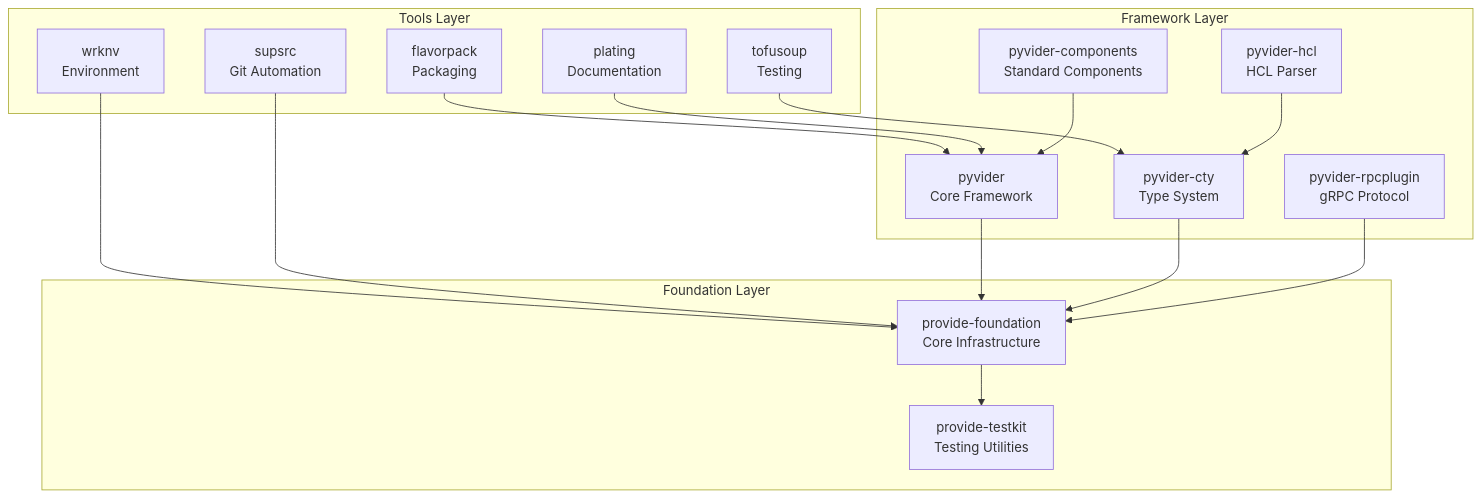
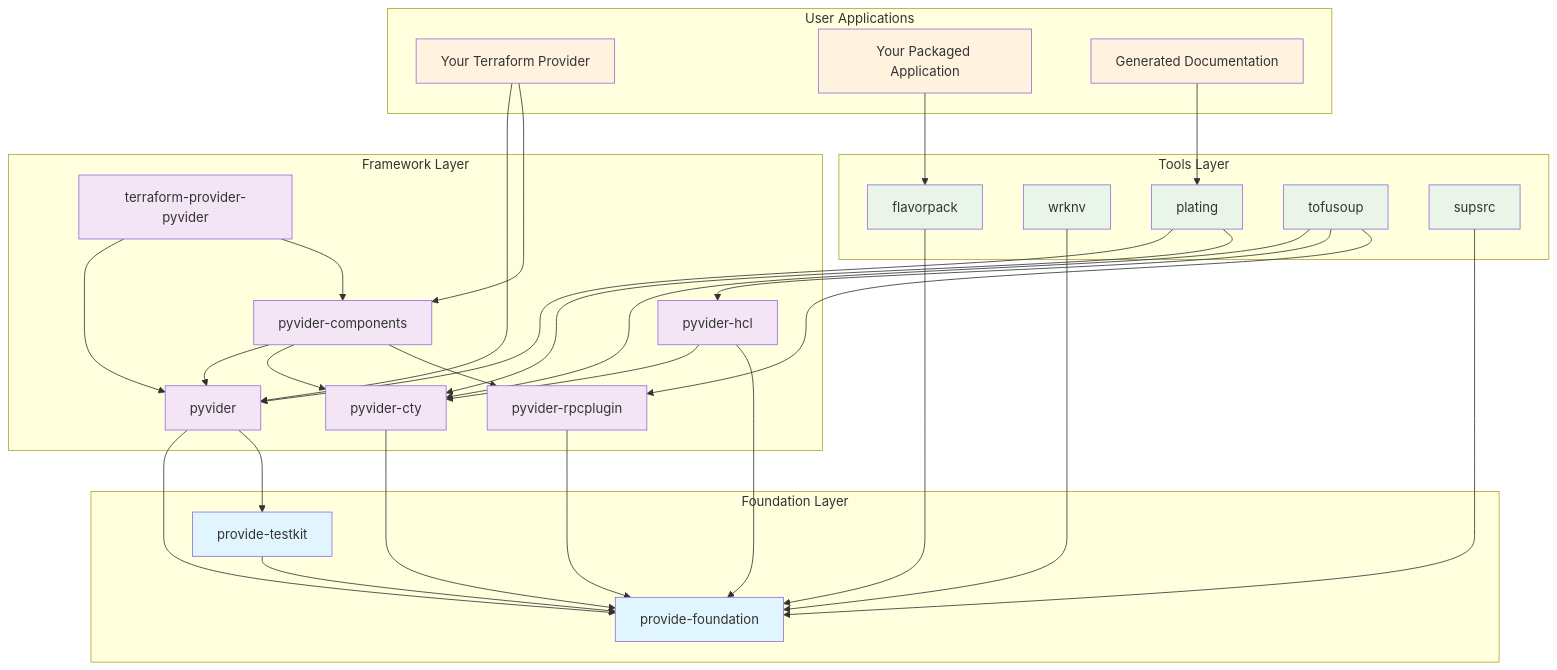
Before and after one commit to provide-io/provide-foundry: the first of 4 diagrams in docs/index.md, drawn with Mermaid. The commit also changed other lines of this file and 80 other files, not shown here.

````diff
--- a/docs/index.md
+++ b/docs/index.md
@@ -122,37 +97,68 @@
 ```mermaid
 graph TB
+    subgraph "User Applications"
+        APP[Your Terraform Provider]
+        PKG[Your Packaged Application]
+        DOC[Generated Documentation]
+    end
+
     subgraph "Tools Layer"
-        FP[flavorpack<br/>Packaging]
-        WE[wrknv<br/>Environment]
-        PL[plating<br/>Documentation]
-        TS[tofusoup<br/>Testing]
-        SS[supsrc<br/>Git Automation]
+        FP[flavorpack]
+        WE[wrknv]
+        PL[plating]
+        TS[tofusoup]
+        SS[supsrc]
     end
 
     subgraph "Framework Layer"
-        PY[pyvider<br/>Core Framework]
-        CTY[pyvider-cty<br/>Type System]
-        HCL[pyvider-hcl<br/>HCL Parser]
-        RPC[pyvider-rpcplugin<br/>gRPC Protocol]
-        COMP[pyvider-components<br/>Standard Components]
+        PY[pyvider]
+        CTY[pyvider-cty]
+        HCL[pyvider-hcl]
+        RPC[pyvider-rpcplugin]
+        COMP[pyvider-components]
+        TPP[terraform-provider-pyvider]
     end
 
     subgraph "Foundation Layer"
-        FOUND[provide-foundation<br/>Core Infrastructure]
-        TEST[provide-testkit<br/>Testing Utilities]
+        FOUND[provide-foundation]
+        TEST[provide-testkit]
     end
 
-    FP --> PY
+    APP --> PY
+    APP --> COMP
+    PKG --> FP
+    DOC --> PL
+
+    FP --> FOUND
     WE --> FOUND
     PL --> PY
+    PL --> CTY
     TS --> CTY
+    TS --> HCL
+    TS --> RPC
     SS --> FOUND
 
     PY --> FOUND
+    PY --> TEST
     CTY --> FOUND
     HCL --> CTY
+    HCL --> FOUND
     RPC --> FOUND
     COMP --> PY
+    COMP --> CTY
+    COMP --> RPC
+    TPP --> PY
+    TPP --> COMP
 
-    FOUND --> TEST
+    TEST --> FOUND
+
+    classDef foundation fill:#e1f5fe
+    classDef framework fill:#f3e5f5
+    classDef tools fill:#e8f5e8
+    classDef user fill:#fff3e0
+
+    class FOUND,TEST foundation
+    class PY,CTY,HCL,RPC,COMP,TPP framework
+    class FP,WE,PL,TS,SS tools
+    class APP,PKG,DOC user
 ```
````
